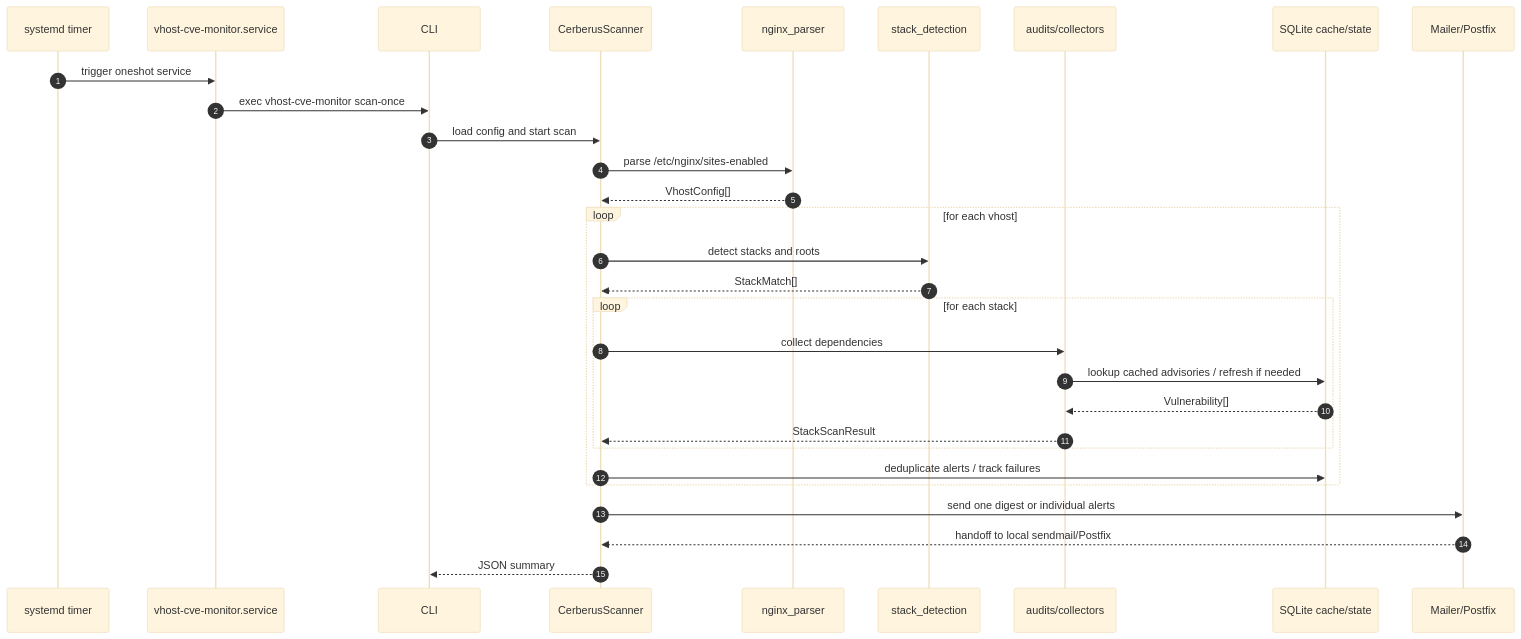
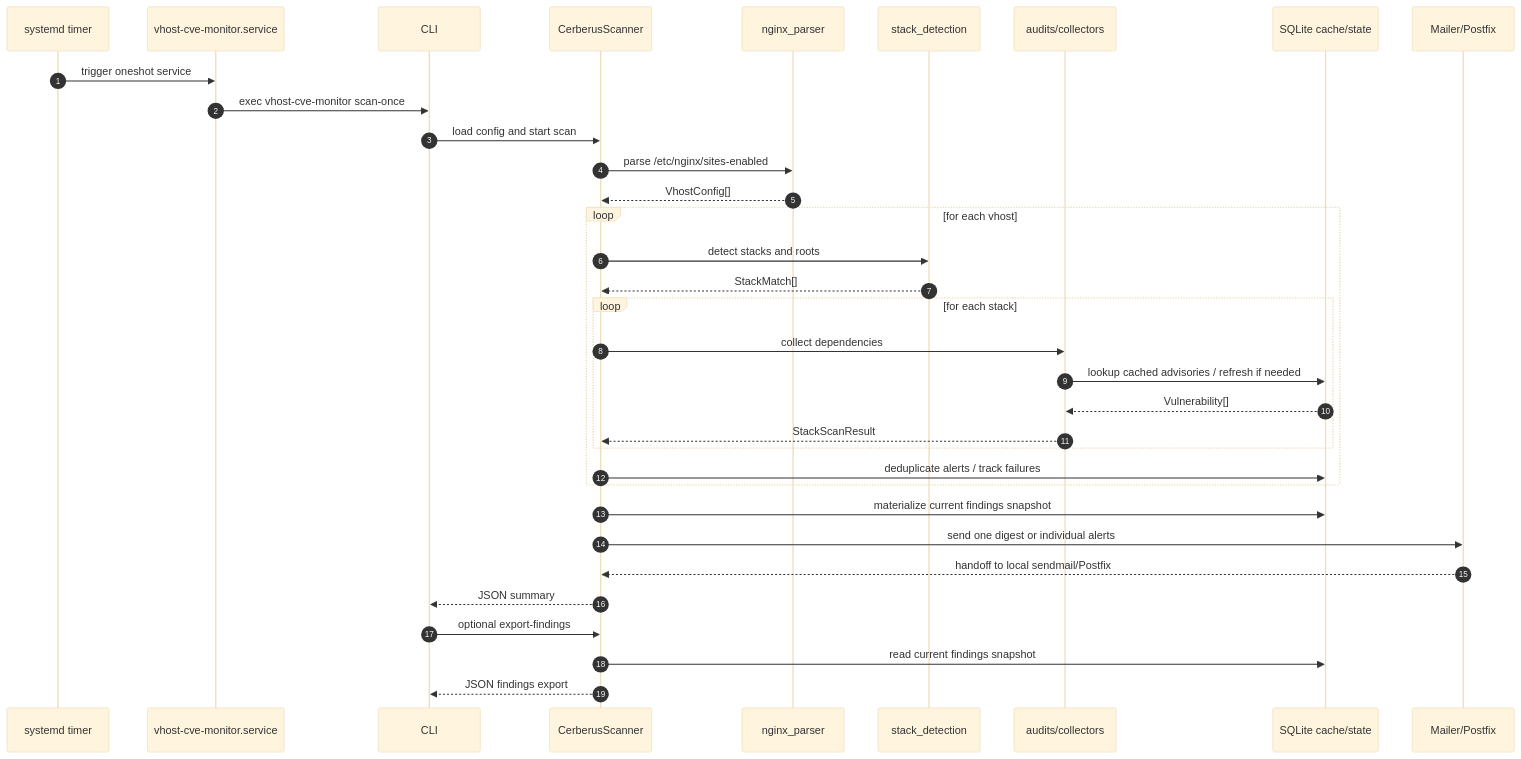
The first of 2 diagrams in docs/DIAGRAMS.md (Zappan-net/cerberus), drawn with Mermaid (base theme) before and after one commit. The commit also changed other lines of this file and 8 other files, not shown here.

````diff
--- a/docs/DIAGRAMS.md
+++ b/docs/DIAGRAMS.md
@@ -5,33 +5,37 @@
 ```mermaid
 sequenceDiagram
     autonumber
     participant T as systemd timer
     participant S as vhost-cve-monitor.service
     participant C as CLI
     participant SC as CerberusScanner
     participant N as nginx_parser
     participant D as stack_detection
     participant A as audits/collectors
     participant DB as SQLite cache/state
     participant M as Mailer/Postfix
 
     T->>S: trigger oneshot service
     S->>C: exec vhost-cve-monitor scan-once
     C->>SC: load config and start scan
     SC->>N: parse /etc/nginx/sites-enabled
     N-->>SC: VhostConfig[]
     loop for each vhost
         SC->>D: detect stacks and roots
         D-->>SC: StackMatch[]
         loop for each stack
             SC->>A: collect dependencies
             A->>DB: lookup cached advisories / refresh if needed
             DB-->>A: Vulnerability[]
             A-->>SC: StackScanResult
         end
         SC->>DB: deduplicate alerts / track failures
     end
+    SC->>DB: materialize current findings snapshot
     SC->>M: send one digest or individual alerts
     M-->>SC: handoff to local sendmail/Postfix
     SC-->>C: JSON summary
+    C->>SC: optional export-findings
+    SC->>DB: read current findings snapshot
+    SC-->>C: JSON findings export
 ```
````
